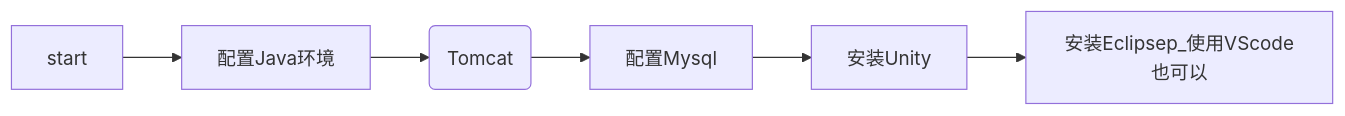
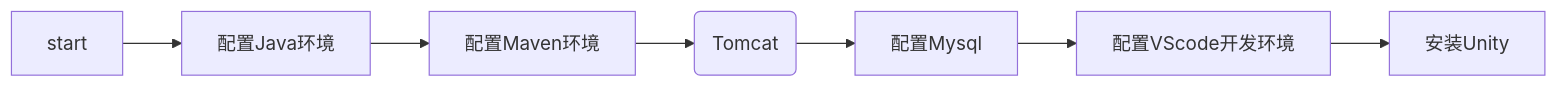
One commit to GameFan8888/CrazyCar changed the second of 2 diagrams in README_QuickStart.md. Above: the diagram before and after it, drawn with Mermaid. The commit also changed other lines of this file and 2 other files, not shown here.

````diff
--- a/README_QuickStart.md
+++ b/README_QuickStart.md
@@ -41,4 +53,4 @@
   ```mermaid
   graph LR
-  start-->配置Java环境-->配置Web服务器(Tomcat)-->配置Mysql-->安装Unity-->安装Eclipsep_使用VScode也可以
+  start-->配置Java环境-->配置Maven环境-->配置Web服务器(Tomcat)-->配置Mysql-->配置VScode开发环境-->安装Unity
   ```
````
